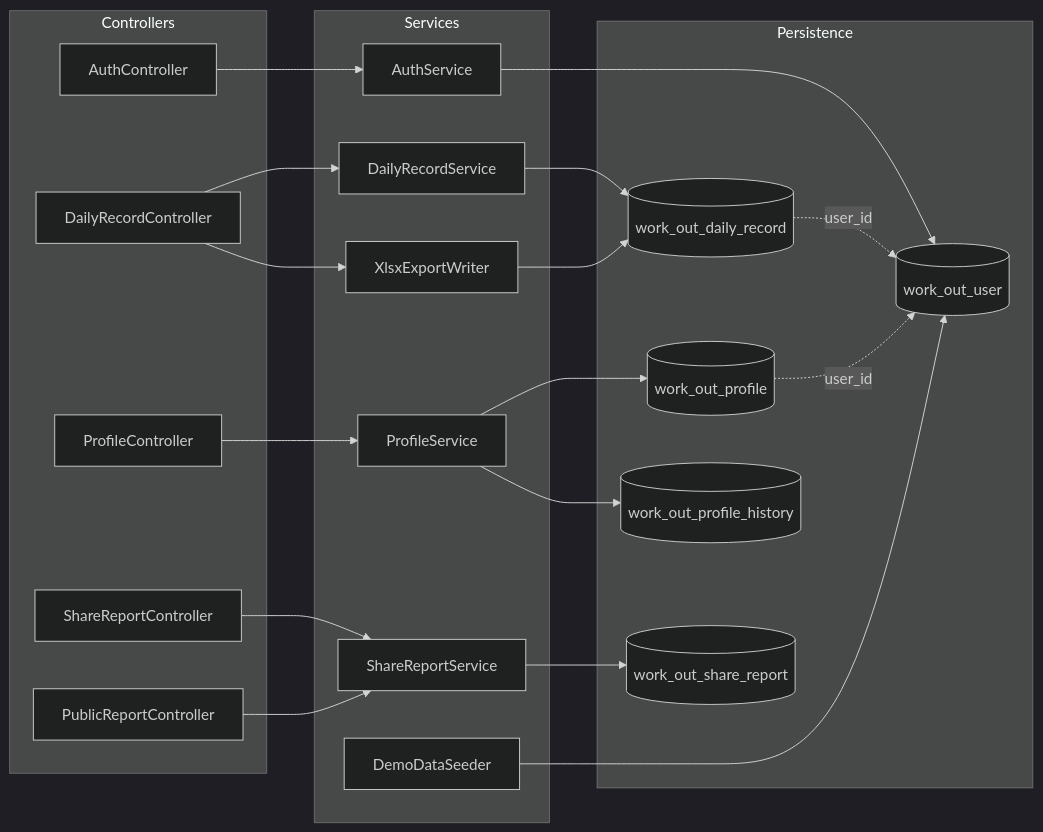
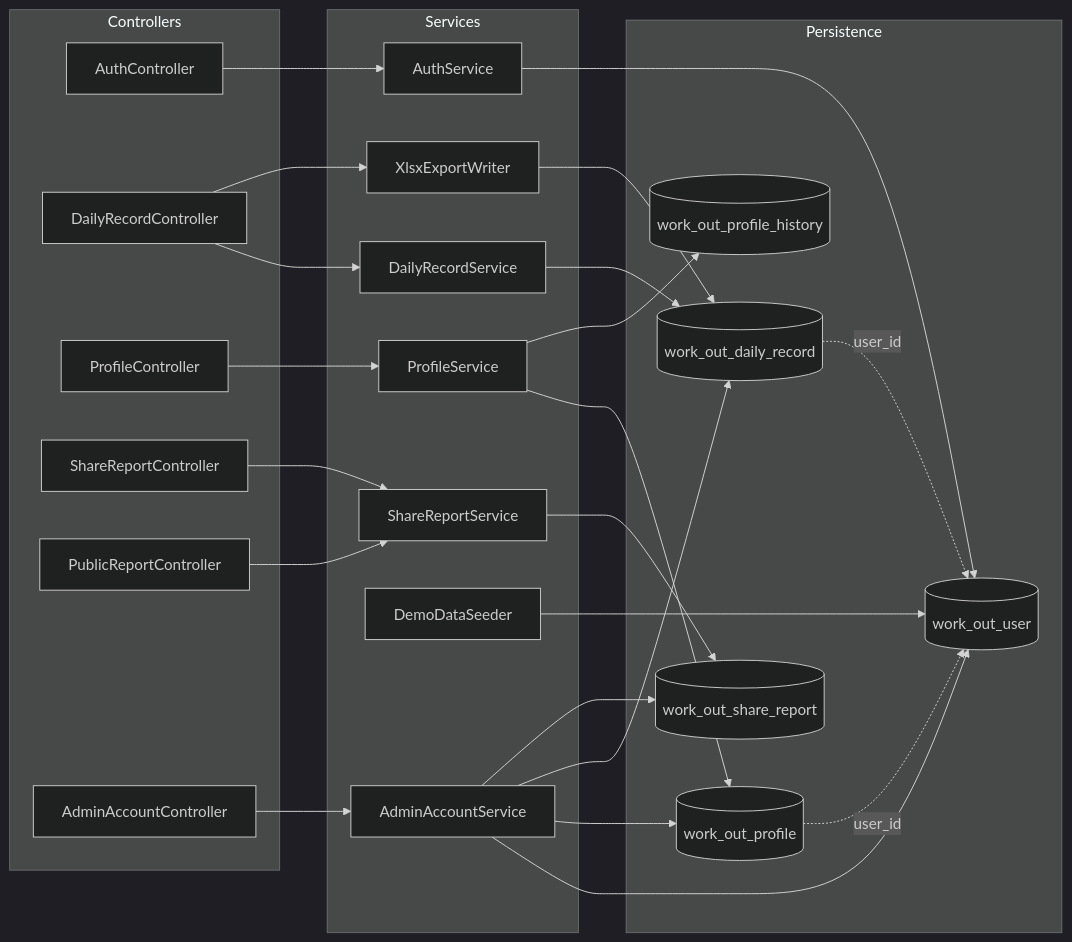
One commit to lippchan-cloud/workOut changed the fourth of 11 diagrams in doc/workOut-技术架构.md. Above: the diagram before and after it, drawn with Mermaid (dark theme). The commit also changed other lines of this file and 16 other files, not shown here.

````diff
--- a/doc/workOut-技术架构.md
+++ b/doc/workOut-技术架构.md
@@ -130,43 +130,50 @@
 ```mermaid
 flowchart LR
   subgraph Controllers
     C0["AuthController"]
     C1["DailyRecordController"]
     C2["ProfileController"]
     C3["ShareReportController"]
     C4["PublicReportController"]
+    C5["AdminAccountController"]
   end
 
   subgraph Services
     S0["AuthService"]
     S1["DailyRecordService"]
     S2["ProfileService"]
     S3["XlsxExportWriter"]
     S4["ShareReportService"]
     S5["DemoDataSeeder"]
+    S6["AdminAccountService"]
   end
 
   subgraph Persistence
     T0[("work_out_user")]
     T1[("work_out_daily_record")]
     T2[("work_out_profile")]
     T3[("work_out_profile_history")]
     T4[("work_out_share_report")]
   end
 
   C0 --> S0
   C1 --> S1
   C1 --> S3
   C2 --> S2
   C3 --> S4
   C4 --> S4
+  C5 --> S6
+  S6 --> T0
+  S6 --> T2
+  S6 --> T1
+  S6 --> T4
   S5 --> T0
   S0 --> T0
   S1 --> T1
   S3 --> T1
   S2 --> T2
   S2 --> T3
   S4 --> T4
   T1 -.->|user_id| T0
   T2 -.->|user_id| T0
 ```
````
